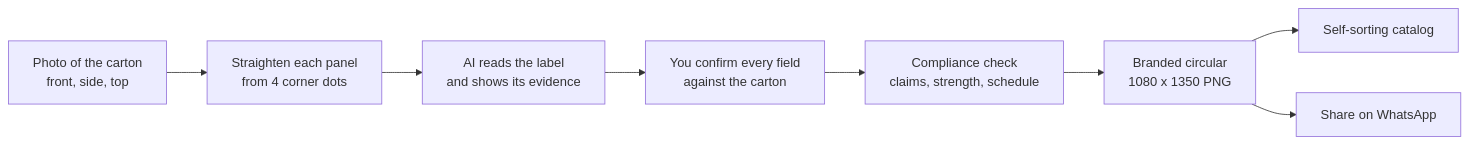
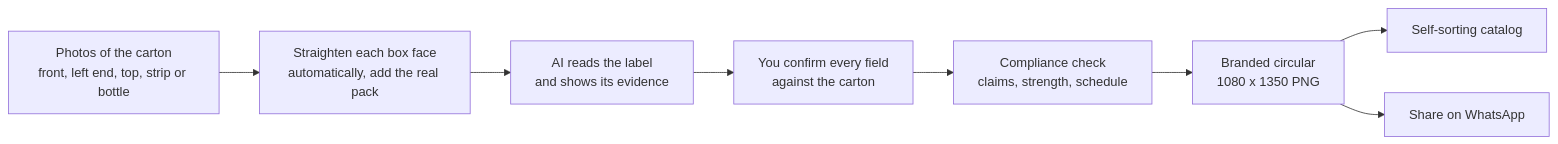
The diagram in docs/PRODUCT_PLAN.md (kollanaveen-ctrl/dawakraft), drawn with Mermaid before and after one commit. The commit also changed other lines of this file and 39 other files, not shown here.

````diff
--- a/docs/PRODUCT_PLAN.md
+++ b/docs/PRODUCT_PLAN.md
@@ -10,10 +10,10 @@
 ```mermaid
 flowchart LR
-  A[Photo of the carton<br/>front, side, top] --> B[Straighten each panel<br/>from 4 corner dots]
+  A[Photos of the carton<br/>front, left end, top, strip or bottle] --> B[Straighten each box face<br/>automatically, add the real pack]
   B --> C[AI reads the label<br/>and shows its evidence]
   C --> D[You confirm every field<br/>against the carton]
   D --> E[Compliance check<br/>claims, strength, schedule]
   E --> F[Branded circular<br/>1080 x 1350 PNG]
   F --> G[Self-sorting catalog]
   F --> H[Share on WhatsApp]
 ```
````
